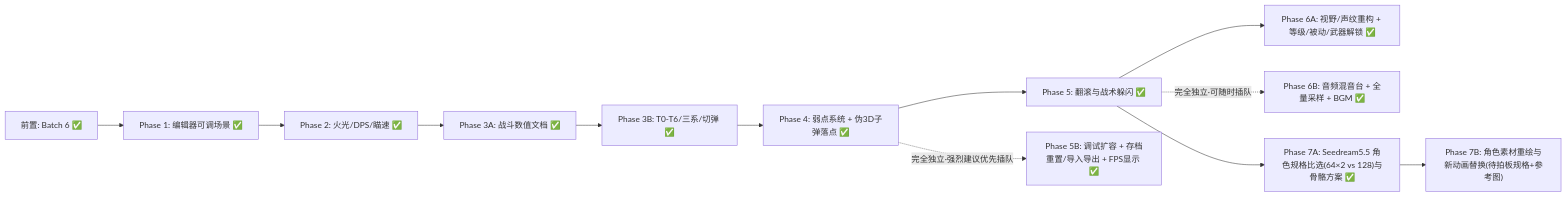
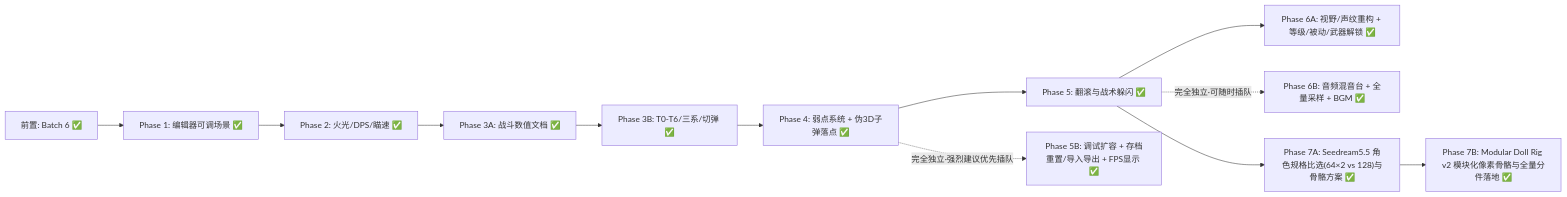
Before and after one commit to FiumeCAt/-Operation-Thistle: the diagram in docs/roadmap_v2.md, drawn with Mermaid. The commit also changed other lines of this file and 64 other files, not shown here.

Commit message:
Phase 7B: Modular Doll Rig v2 (160x160 SubViewport, Seedream 5.5 parts, spring hair/coat, 2-seg gait & dodge roll)

````diff
--- a/docs/roadmap_v2.md
+++ b/docs/roadmap_v2.md
@@ -11,14 +11,14 @@
 ```mermaid
 flowchart LR
     B6["前置: Batch 6 ✅"] --> P1["Phase 1: 编辑器可调场景 ✅"]
     P1 --> P2["Phase 2: 火光/DPS/瞄速 ✅"]
     P2 --> P3A["Phase 3A: 战斗数值文档 ✅"]
     P3A --> P3B["Phase 3B: T0-T6/三系/切弹 ✅"]
     P3B --> P4["Phase 4: 弱点系统 + 伪3D子弹落点 ✅"]
     P4 --> P5["Phase 5: 翻滚与战术躲闪 ✅"]
     P5 --> P6A["Phase 6A: 视野/声纹重构 + 等级/被动/武器解锁 ✅"]
     P4 -.->|"完全独立·强烈建议优先插队"| P5B["Phase 5B: 调试扩容 + 存档重置/导入导出 + FPS显示 ✅"]
     P5 -.->|"完全独立·可随时插队"| P6B["Phase 6B: 音频混音台 + 全量采样 + BGM ✅"]
     P5 --> P7A["Phase 7A: Seedream5.5 角色规格比选(64×2 vs 128)与骨骼方案 ✅"]
-    P7A --> P7B["Phase 7B: 角色素材重绘与新动画替换(待拍板规格+参考图)"]
+    P7A --> P7B["Phase 7B: Modular Doll Rig v2 模块化像素骨骼与全量分件落地 ✅"]
 ```
````
